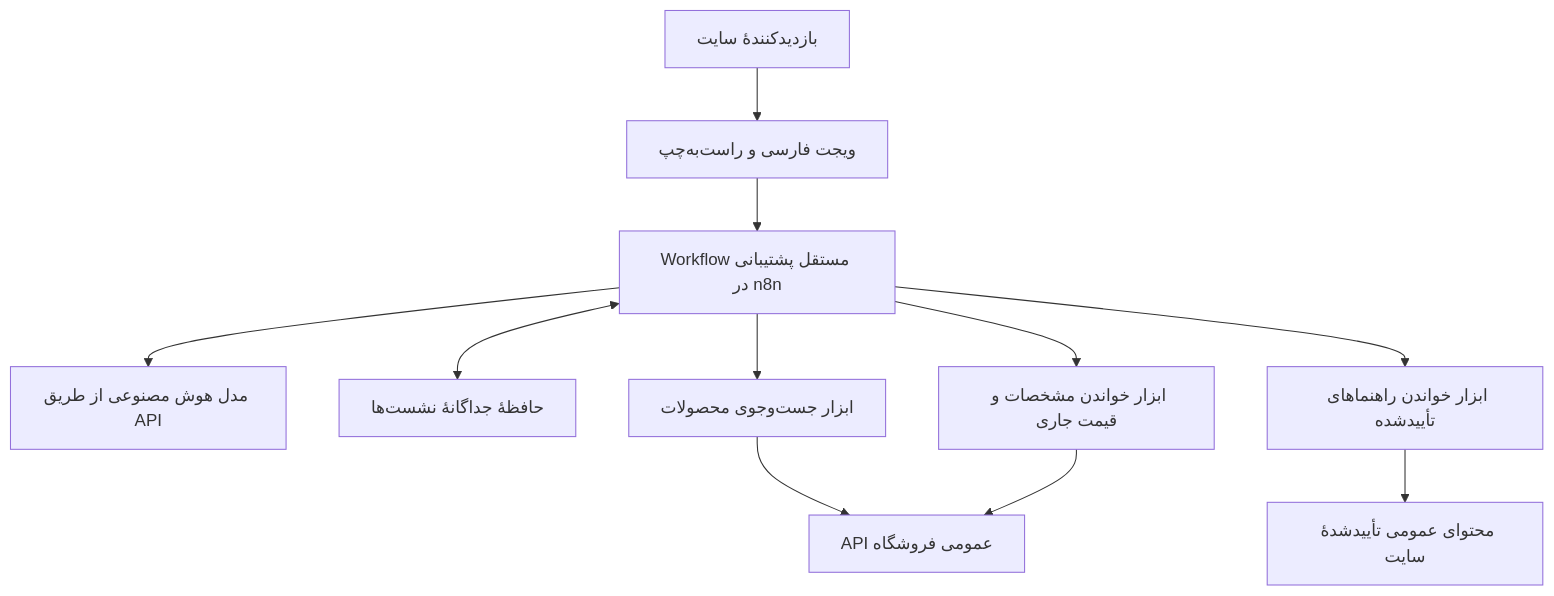
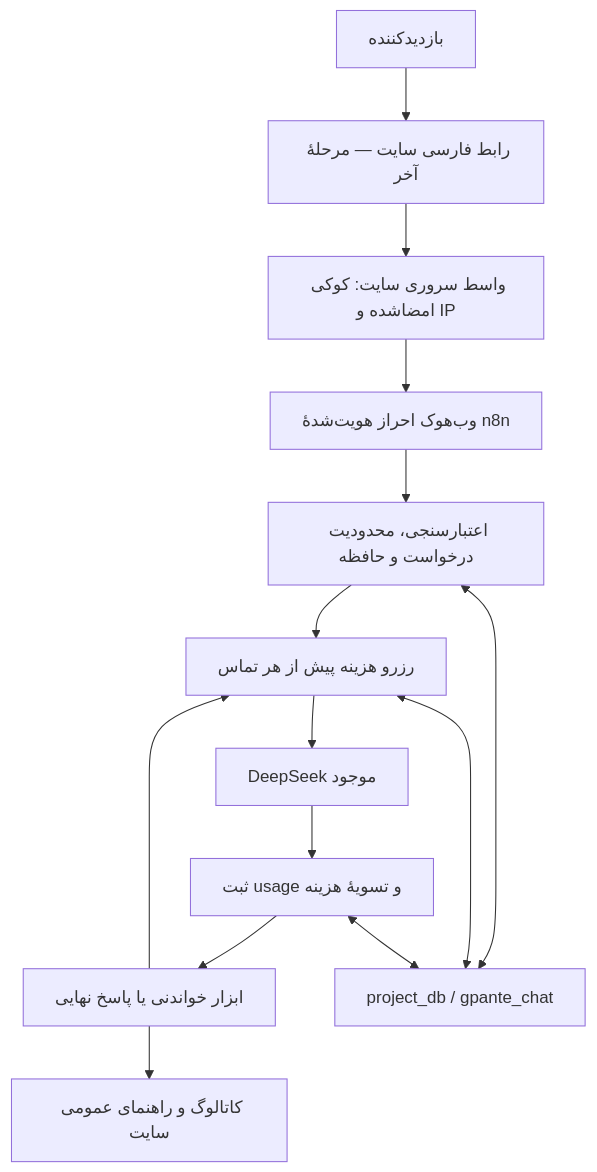
One commit to vahid162/n8n-chat-gpante.com changed the diagram in README.md. Above: the diagram before and after it, drawn with Mermaid. The commit also changed other lines of this file and 24 other files, not shown here.

First line of the commit message:
feat: cap GPante chat spending and isolate trusted sessions

````diff
--- a/README.md
+++ b/README.md
@@ -112,13 +33,16 @@
 ```mermaid
 flowchart TD
-    A["بازدیدکنندهٔ سایت"] --> B["ویجت فارسی و راست‌به‌چپ"]
-    B --> C["Workflow مستقل پشتیبانی در n8n"]
-    C --> D["مدل هوش مصنوعی از طریق API"]
-    C <--> E["حافظهٔ جداگانهٔ نشست‌ها"]
-    C --> F["ابزار جست‌وجوی محصولات"]
-    C --> G["ابزار خواندن مشخصات و قیمت جاری"]
-    C --> H["ابزار خواندن راهنماهای تأییدشده"]
-    F --> I["API عمومی فروشگاه"]
-    G --> I
-    H --> J["محتوای عمومی تأییدشدهٔ سایت"]
+    A["بازدیدکننده"] --> B["رابط فارسی سایت — مرحلهٔ آخر"]
+    B --> C["واسط سروری سایت: کوکی امضاشده و IP"]
+    C --> D["وب‌هوک احراز هویت‌شدهٔ n8n"]
+    D --> E["اعتبارسنجی، محدودیت درخواست و حافظه"]
+    E --> F["رزرو هزینه پیش از هر تماس"]
+    F --> G["DeepSeek موجود"]
+    G --> H["ثبت usage و تسویهٔ هزینه"]
+    H --> I["ابزار خواندنی یا پاسخ نهایی"]
+    I --> J["کاتالوگ و راهنمای عمومی سایت"]
+    I --> F
+    E <--> K["project_db / gpante_chat"]
+    F <--> K
+    H <--> K
 ```
````
